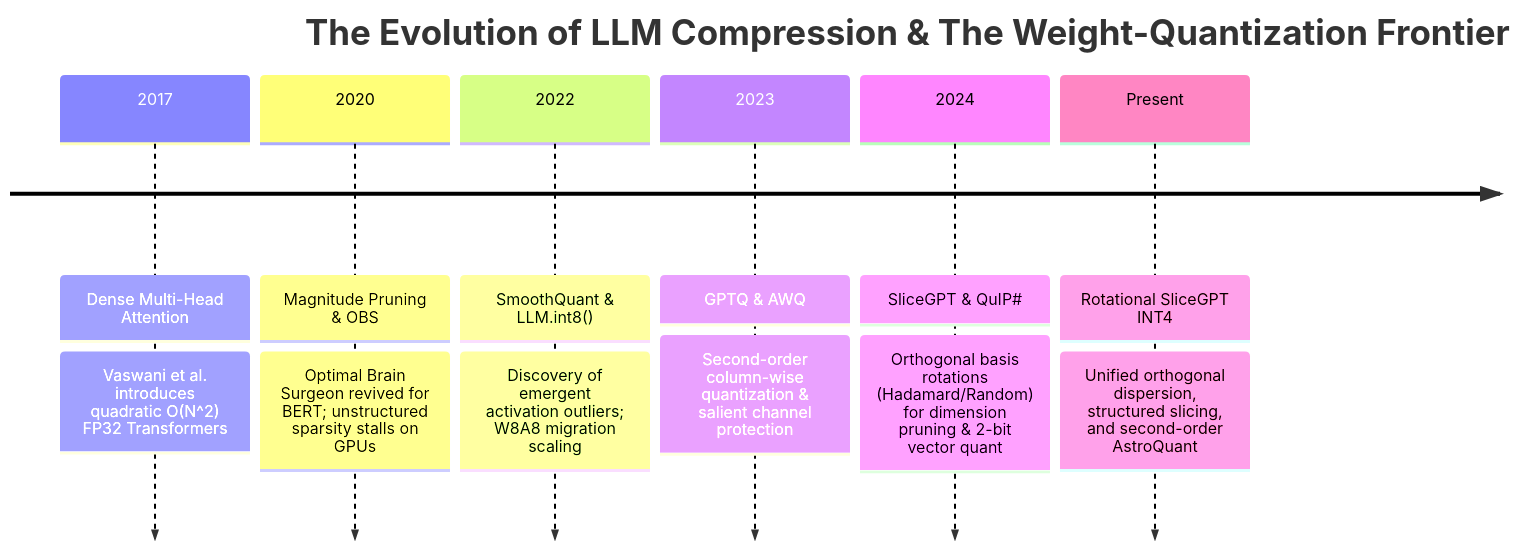
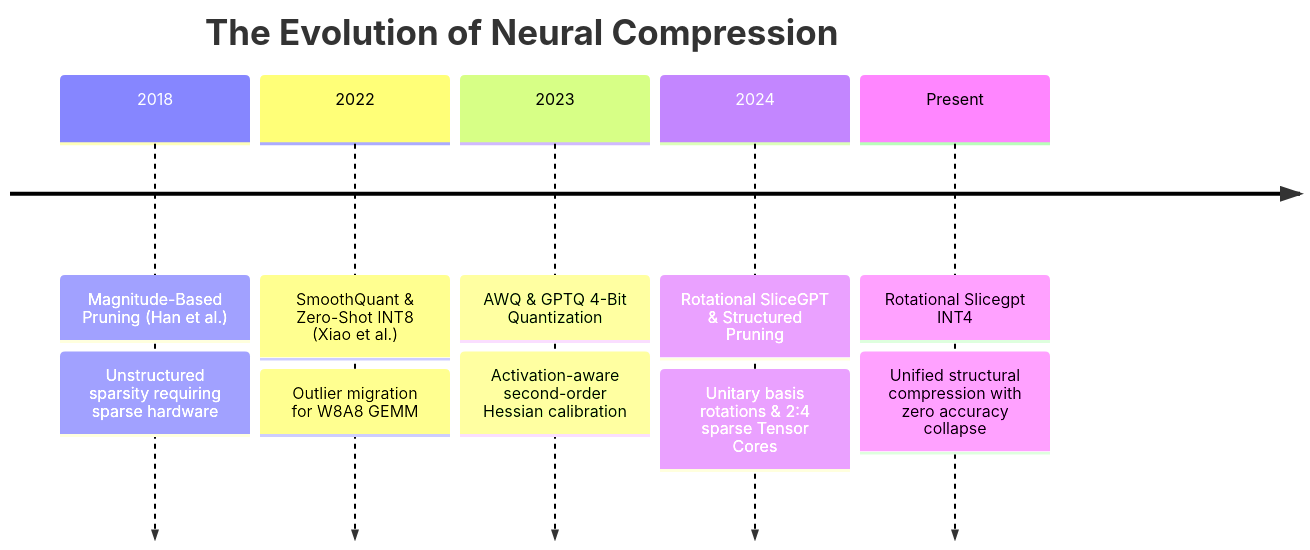
One commit to tahamajs/NeuralOps changed the first of 2 diagrams in Docs/content/compressions_blog/rotational_slicegpt_int4_blog.md. Above: the diagram before and after it, drawn with Mermaid. The commit also changed other lines of this file and 193 other files, not shown here.

````diff
--- a/Docs/content/compressions_blog/rotational_slicegpt_int4_blog.md
+++ b/Docs/content/compressions_blog/rotational_slicegpt_int4_blog.md
@@ -71,10 +56,9 @@
 ```mermaid
 timeline
-    title The Evolution of LLM Compression & The Weight-Quantization Frontier
-    2017 : Dense Multi-Head Attention : Vaswani et al. introduces quadratic O(N^2) FP32 Transformers
-    2020 : Magnitude Pruning & OBS : Optimal Brain Surgeon revived for BERT; unstructured sparsity stalls on GPUs
-    2022 : SmoothQuant & LLM.int8() : Discovery of emergent activation outliers; W8A8 migration scaling
-    2023 : GPTQ & AWQ : Second-order column-wise quantization & salient channel protection
-    2024 : SliceGPT & QuIP# : Orthogonal basis rotations (Hadamard/Random) for dimension pruning & 2-bit vector quant
-    Present : Rotational SliceGPT INT4 : Unified orthogonal dispersion, structured slicing, and second-order AstroQuant
+    title The Evolution of Neural Compression
+    2018 : Magnitude-Based Pruning (Han et al.) : Unstructured sparsity requiring sparse hardware
+    2022 : SmoothQuant & Zero-Shot INT8 (Xiao et al.) : Outlier migration for W8A8 GEMM
+    2023 : AWQ & GPTQ 4-Bit Quantization : Activation-aware second-order Hessian calibration
+    2024 : Rotational SliceGPT & Structured Pruning : Unitary basis rotations & 2:4 sparse Tensor Cores
+    Present : Rotational Slicegpt INT4 : Unified structural compression with zero accuracy collapse
 ```
````
